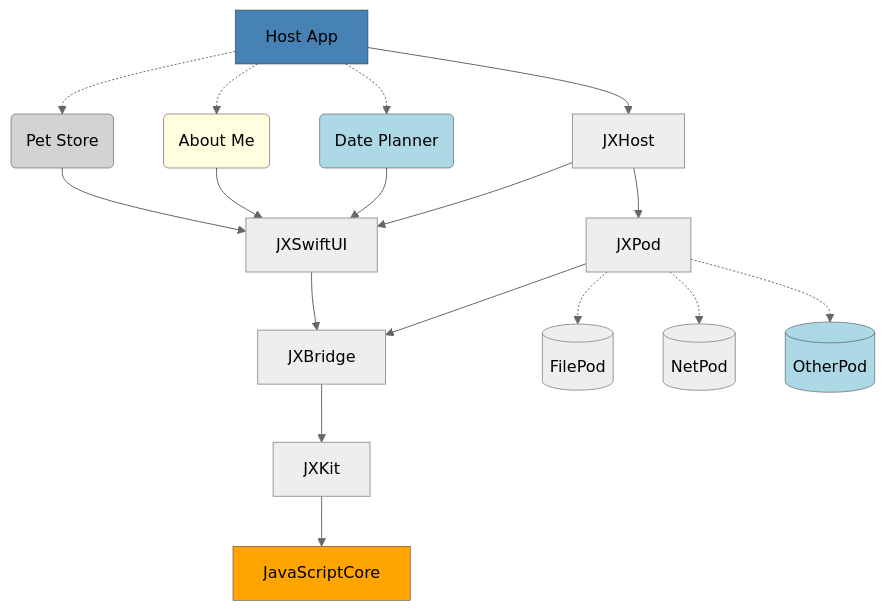
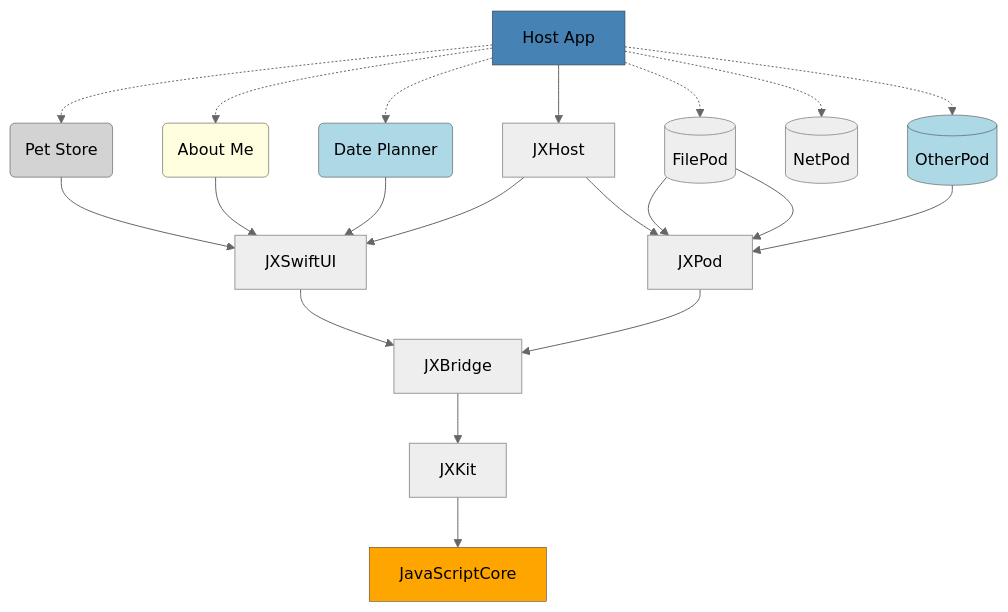
Before and after one commit to jectivex/JXHost: the diagram in README.md, drawn with Mermaid (neutral theme).

````diff
--- a/README.md
+++ b/README.md
@@ -3,39 +3,42 @@
 ```mermaid
 flowchart TB
     HostApp[Host App] -.-> PetStoreModule(Pet Store)
     HostApp -.-> AboutMeModule(About Me)
     HostApp -.-> DatePlannerModule(Date Planner)
     HostApp --> JXHost
     PetStoreModule --> JXSwiftUI
     AboutMeModule --> JXSwiftUI
     DatePlannerModule --> JXSwiftUI
     JXHost --> JXSwiftUI
     JXHost --> JXPod
     JXPod --> JXBridge
-    JXPod -.-> FilePod[(FilePod)]
-    JXPod -.-> NetPod[(NetPod)]
-    JXPod -.-> OtherPod[(OtherPod)]
+    HostApp -.-> FilePod[(FilePod)]
+    HostApp -.-> NetPod[(NetPod)]
+    HostApp -.-> OtherPod[(OtherPod)]
+    FilePod --> JXPod
+    OtherPod --> JXPod
+    FilePod --> JXPod
     JXSwiftUI --> JXBridge
     JXBridge --> JXKit
     JXKit --> JavaScriptCore[JavaScriptCore]
 
 classDef HostApp fill:steelblue,stroke:#333,stroke-width:0.5px
 class HostApp HostApp
 
 classDef gray fill:lightgray,stroke:#333,stroke-width:0.5px
 classDef yellow fill:lightyellow,stroke:#333,stroke-width:0.5px
 classDef blue fill:lightblue,stroke:#333,stroke-width:0.5px
 
 class PetStoreModule gray
 class AboutMeModule yellow
 class DatePlannerModule blue
 
 classDef OtherPod fill:lightblue,stroke:#333,stroke-width:0.5px
 class OtherPod OtherPod
 
 classDef JavaScriptCore fill:orange,stroke:#333,stroke-width:0.5px
 class JavaScriptCore JavaScriptCore
 
 class di orange
 
 ```
````
